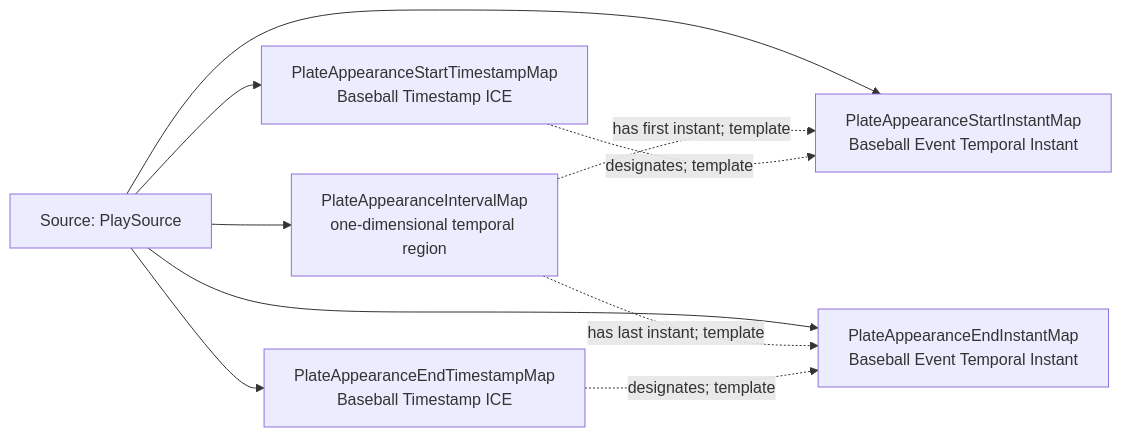
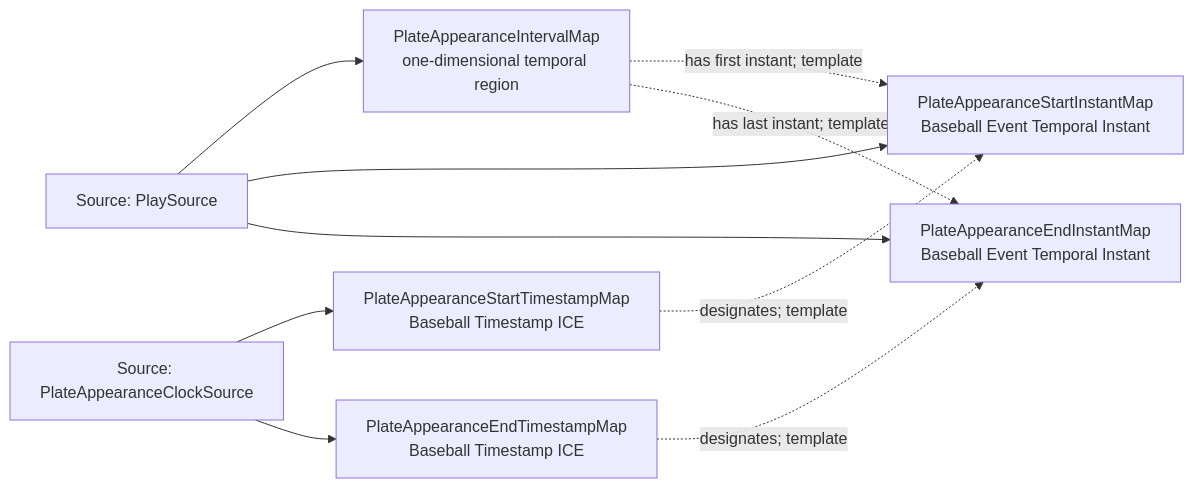
Before and after one commit to CarterBeauBenson/BaseballO: the diagram in Baseball/mermaid/patterns/mlb-game/08-plate-appearance-time.md, drawn with Mermaid. The commit also changed other lines of this file and 162 other files, not shown here.

````diff
--- a/Baseball/mermaid/patterns/mlb-game/08-plate-appearance-time.md
+++ b/Baseball/mermaid/patterns/mlb-game/08-plate-appearance-time.md
@@ -10,18 +10,19 @@
 ```mermaid
 flowchart LR
-    S01["Source: PlaySource"]
+    S01["Source: PlateAppearanceClockSource"]
+    S02["Source: PlaySource"]
     M01["PlateAppearanceIntervalMap<br/>one-dimensional temporal region"]
     M02["PlateAppearanceStartInstantMap<br/>Baseball Event Temporal Instant"]
     M03["PlateAppearanceStartTimestampMap<br/>Baseball Timestamp ICE"]
     M04["PlateAppearanceEndInstantMap<br/>Baseball Event Temporal Instant"]
     M05["PlateAppearanceEndTimestampMap<br/>Baseball Timestamp ICE"]
-    S01 --> M01
-    S01 --> M02
+    S02 --> M01
+    S02 --> M02
     S01 --> M03
-    S01 --> M04
+    S02 --> M04
     S01 --> M05
     M01 -.->|has first instant; template| M02
     M01 -.->|has last instant; template| M04
     M03 -.->|designates; template| M02
     M05 -.->|designates; template| M04
 ```
````
